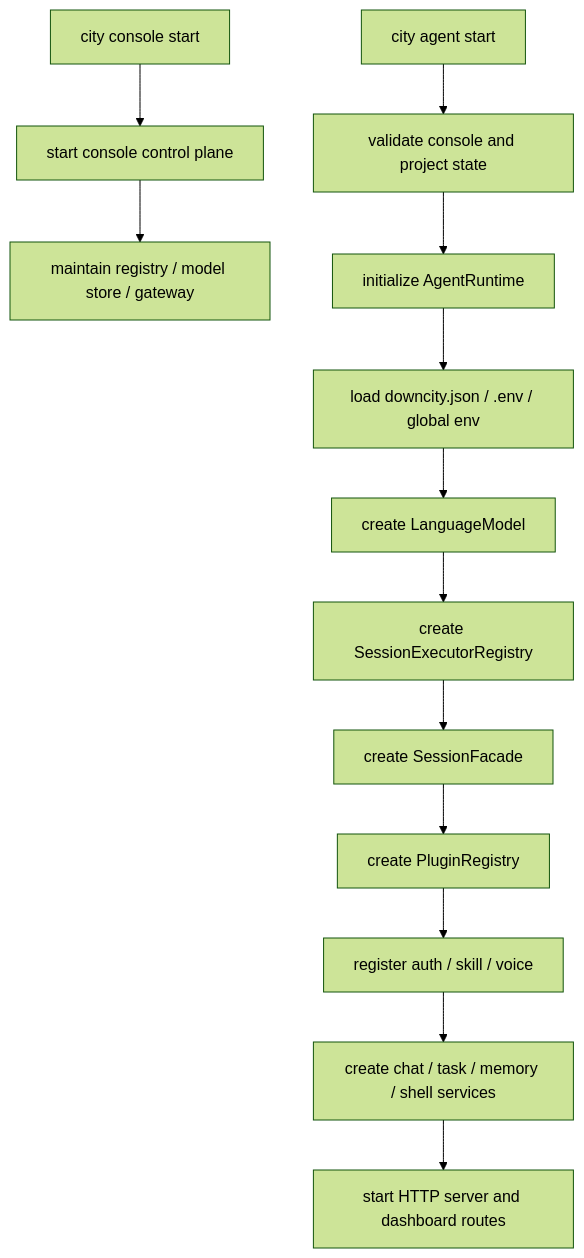
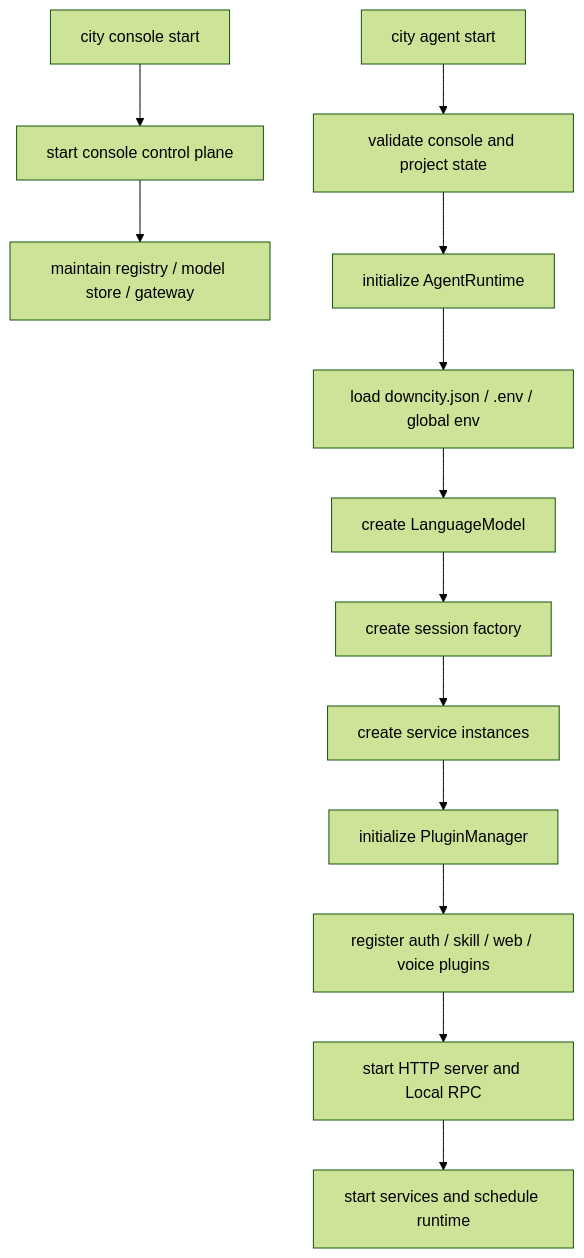
Before and after one commit to wangenius/downcity: the second of 3 diagrams in homepage/content/devdocs/en/architecture/system-logic.mdx, drawn with Mermaid (forest theme). The commit also changed other lines of this file and 304 other files, not shown here.

Commit message:
refactor(agent): reorganize package architecture

````diff
--- a/homepage/content/devdocs/en/architecture/system-logic.mdx
+++ b/homepage/content/devdocs/en/architecture/system-logic.mdx
@@ -155,16 +154,16 @@
 ```mermaid
 flowchart TD
   A["city console start"] --> B["start console control plane"]
   B --> C["maintain registry / model store / gateway"]
 
   D["city agent start"] --> E["validate console and project state"]
   E --> F["initialize AgentRuntime"]
   F --> G["load downcity.json / .env / global env"]
   G --> H["create LanguageModel"]
-  H --> I["create SessionExecutorRegistry"]
-  I --> J["create SessionFacade"]
-  J --> K["create PluginRegistry"]
-  K --> L["register auth / skill / voice"]
-  L --> M["create chat / task / memory / shell services"]
-  M --> N["start HTTP server and dashboard routes"]
+  H --> I["create session factory"]
+  I --> J["create service instances"]
+  J --> K["initialize PluginManager"]
+  K --> L["register auth / skill / web / voice plugins"]
+  L --> M["start HTTP server and Local RPC"]
+  M --> N["start services and schedule runtime"]
 ```
````
